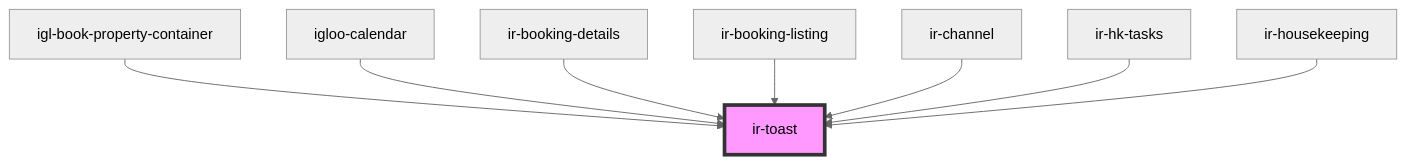
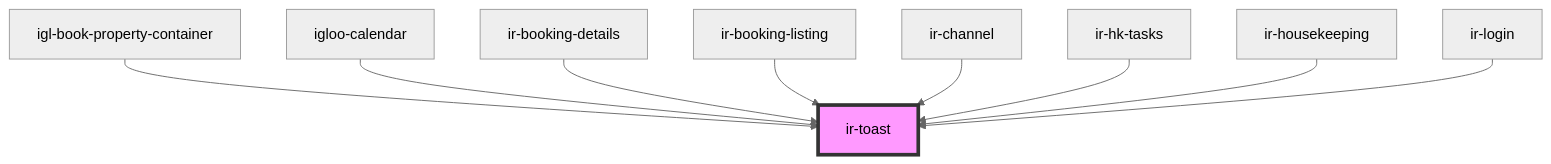
The diagram in src/components/ir-toast/readme.md (David1Chowaifaty/modified-ir-webcmp), drawn with Mermaid (neutral theme) before and after one commit. The commit also changed other lines of this file and 26 other files, not shown here.

````diff
--- a/src/components/ir-toast/readme.md
+++ b/src/components/ir-toast/readme.md
@@ -28,11 +29,12 @@
 ```mermaid
 graph TD;
   igl-book-property-container --> ir-toast
   igloo-calendar --> ir-toast
   ir-booking-details --> ir-toast
   ir-booking-listing --> ir-toast
   ir-channel --> ir-toast
   ir-hk-tasks --> ir-toast
   ir-housekeeping --> ir-toast
+  ir-login --> ir-toast
   style ir-toast fill:#f9f,stroke:#333,stroke-width:4px
 ```
````
